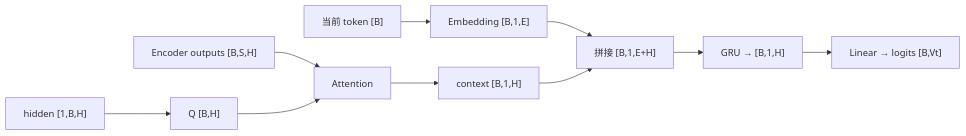
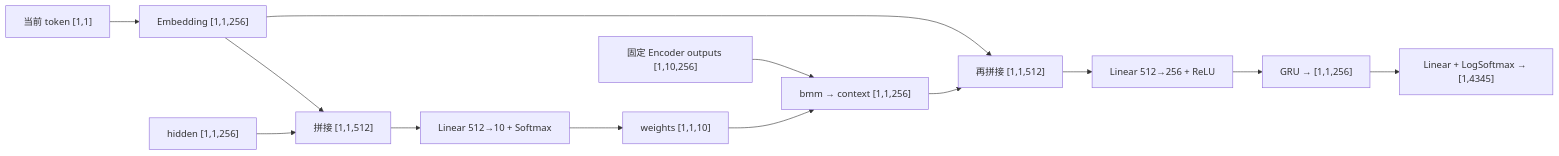
Before and after one commit to luyunix/nlp_study: the second of 2 diagrams in notes/seq2seq-translation/15-attention-decoder-code-part1.md, drawn with Mermaid. The commit also changed other lines of this file and 66 other files, not shown here.

````diff
--- a/notes/seq2seq-translation/15-attention-decoder-code-part1.md
+++ b/notes/seq2seq-translation/15-attention-decoder-code-part1.md
@@ -32,12 +32,15 @@
 ```mermaid
 flowchart LR
-    T["当前 token [B]"] --> E["Embedding [B,1,E]"]
-    H["hidden [1,B,H]"] --> Q["Q [B,H]"]
-    O["Encoder outputs [B,S,H]"] --> A["Attention"]
-    Q --> A
-    A --> C["context [B,1,H]"]
-    E --> J["拼接 [B,1,E+H]"]
-    C --> J
-    J --> G["GRU → [B,1,H]"]
-    G --> L["Linear → logits [B,Vt]"]
+    T["当前 token [1,1]"] --> E["Embedding [1,1,256]"]
+    H["hidden [1,1,256]"] --> J1["拼接 [1,1,512]"]
+    E --> J1
+    J1 --> A["Linear 512→10 + Softmax"]
+    A --> W["weights [1,1,10]"]
+    O["固定 Encoder outputs [1,10,256]"] --> C["bmm → context [1,1,256]"]
+    W --> C
+    E --> J2["再拼接 [1,1,512]"]
+    C --> J2
+    J2 --> F["Linear 512→256 + ReLU"]
+    F --> G["GRU → [1,1,256]"]
+    G --> L["Linear + LogSoftmax → [1,4345]"]
 ```
````
